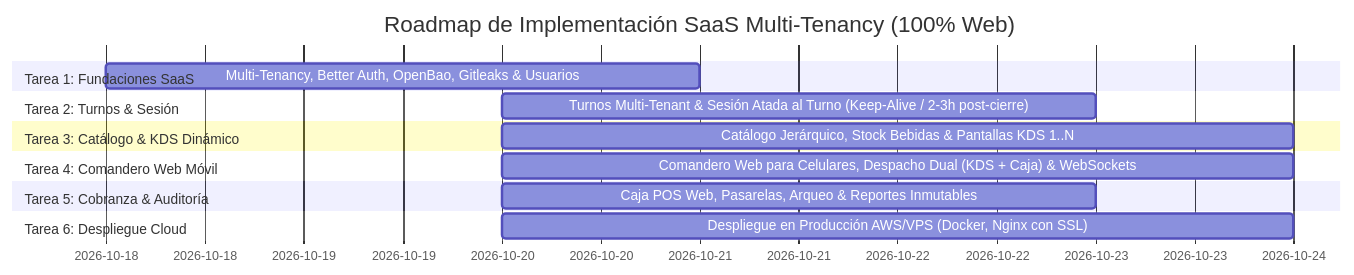
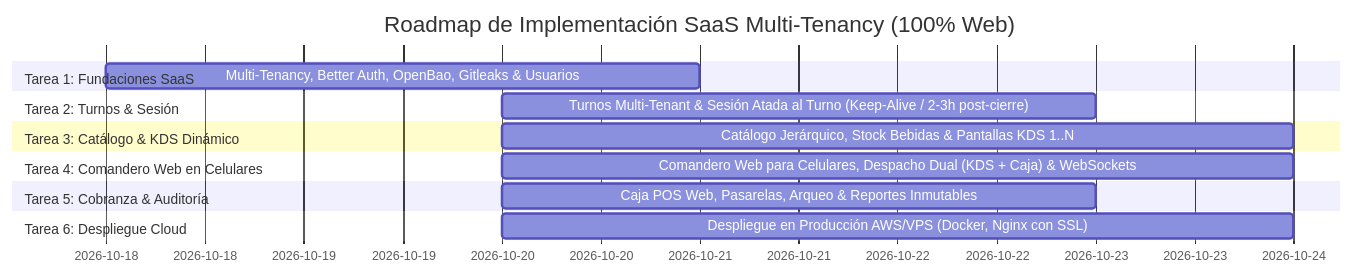
One commit to ang3lSm1th/Chifasas changed the diagram in Spec/constitution/roadmap.md. Above: the diagram before and after it, drawn with Mermaid. The commit also changed 2 other files, not shown here.

Commit message:
docs: asegurar arquitectura 100% web en celulares y completar checklist de Tarea 1

````diff
--- a/Spec/constitution/roadmap.md
+++ b/Spec/constitution/roadmap.md
@@ -5,17 +5,17 @@
 ```mermaid
 gantt
     title Roadmap de Implementación SaaS Multi-Tenancy (100% Web)
     dateFormat  YYYY-MM-DD
     section Tarea 1: Fundaciones SaaS
     Multi-Tenancy, Better Auth, OpenBao, Gitleaks & Usuarios :2026-10-18, 3d
     section Tarea 2: Turnos & Sesión
     Turnos Multi-Tenant & Sesión Atada al Turno (Keep-Alive / 2-3h post-cierre) :after a1, 3d
     section Tarea 3: Catálogo & KDS Dinámico
     Catálogo Jerárquico, Stock Bebidas & Pantallas KDS 1..N :after a2, 4d
-    section Tarea 4: Comandero Web Móvil
+    section Tarea 4: Comandero Web en Celulares
     Comandero Web para Celulares, Despacho Dual (KDS + Caja) & WebSockets :after a3, 4d
     section Tarea 5: Cobranza & Auditoría
     Caja POS Web, Pasarelas, Arqueo & Reportes Inmutables :after a4, 3d
     section Tarea 6: Despliegue Cloud
     Despliegue en Producción AWS/VPS (Docker, Nginx con SSL) :after a5, 4d
 ```
````
